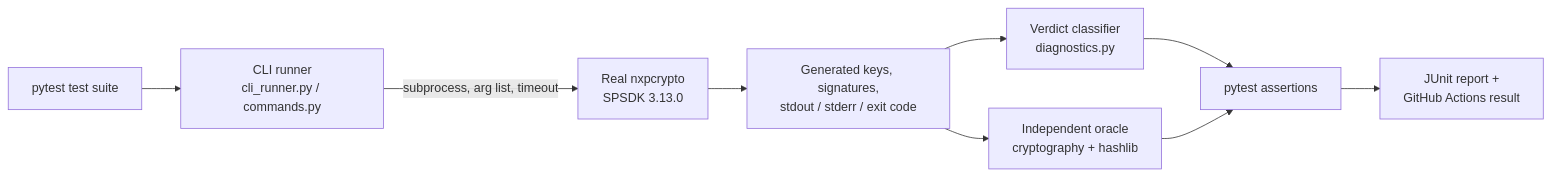
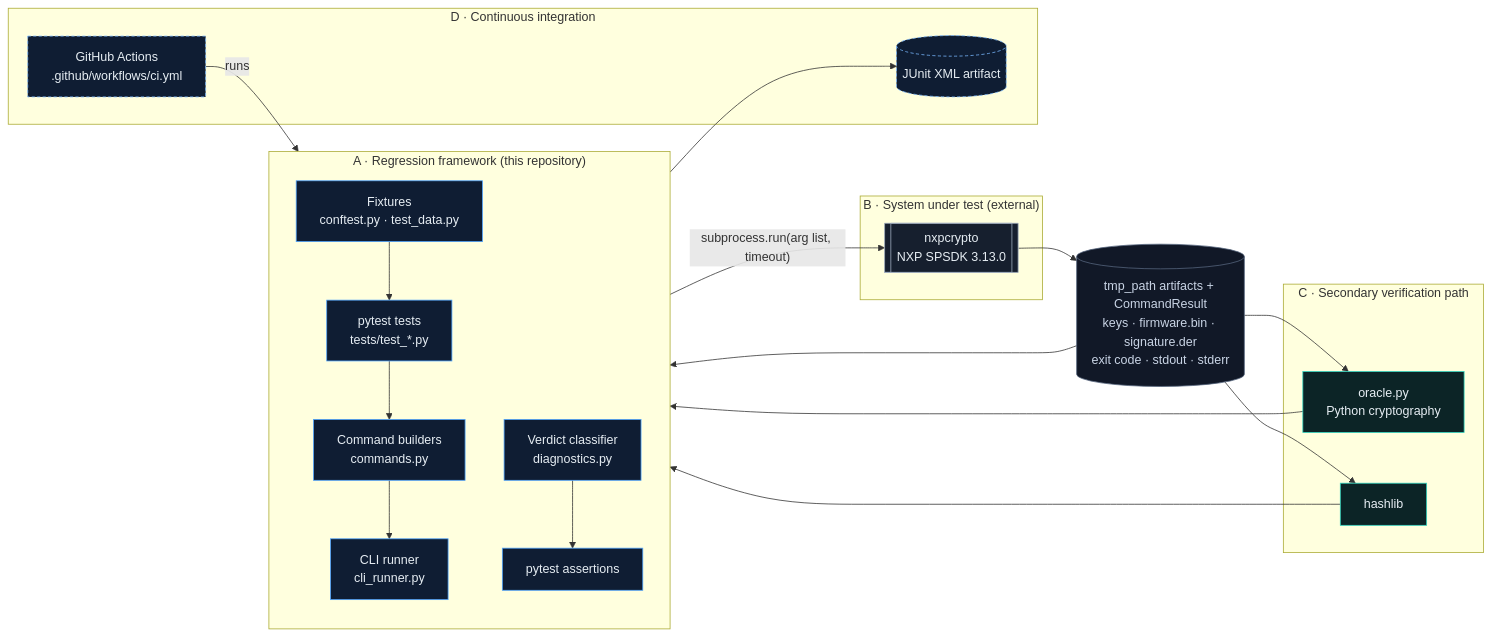
The first of 3 diagrams in README.md (Joun-Mikhail/spsdk-security-regression-lab), drawn with Mermaid before and after one commit. The commit also changed other lines of this file, not shown here.

Commit message:
docs: redesign README with architecture, signature flow and CI diagrams

````diff
--- a/README.md
+++ b/README.md
@@ -51,11 +65,45 @@
 ```mermaid
 flowchart LR
-    A[pytest test suite] --> B[CLI runner<br/>cli_runner.py / commands.py]
-    B -->|subprocess, arg list, timeout| C[Real nxpcrypto<br/>SPSDK 3.13.0]
-    C --> D[Generated keys, signatures,<br/>stdout / stderr / exit code]
-    D --> E[Verdict classifier<br/>diagnostics.py]
-    D --> F[Independent oracle<br/>cryptography + hashlib]
-    E --> G[pytest assertions]
-    F --> G
-    G --> H[JUnit report +<br/>GitHub Actions result]
+    subgraph A["A · Regression framework (this repository)"]
+        direction TB
+        FX["Fixtures<br/>conftest.py · test_data.py"]
+        T["pytest tests<br/>tests/test_*.py"]
+        CB["Command builders<br/>commands.py"]
+        R["CLI runner<br/>cli_runner.py"]
+        V["Verdict classifier<br/>diagnostics.py"]
+        AS["pytest assertions"]
+    end
+    subgraph B["B · System under test (external)"]
+        N[["nxpcrypto<br/>NXP SPSDK 3.13.0"]]
+    end
+    subgraph C["C · Secondary verification path"]
+        O["oracle.py<br/>Python cryptography"]
+        H["hashlib"]
+    end
+    subgraph D["D · Continuous integration"]
+        GA["GitHub Actions<br/>.github/workflows/ci.yml"]
+        J[("JUnit XML artifact")]
+    end
+    OUT[("tmp_path artifacts + CommandResult<br/>keys · firmware.bin · signature.der<br/>exit code · stdout · stderr")]
+
+    GA -- "runs" --> T
+    FX --> T
+    T --> CB --> R
+    R -- "subprocess.run(arg list, timeout)" --> N
+    N --> OUT
+    OUT --> V --> AS
+    OUT --> O --> AS
+    OUT --> H --> AS
+    AS --> J
+
+    classDef fw fill:#0f1d33,stroke:#4da3ff,color:#e6edf3
+    classDef sut fill:#161f2e,stroke:#a0aec0,color:#e6edf3
+    classDef ver fill:#0c2426,stroke:#2dd4bf,color:#e6edf3
+    classDef ci fill:#0f1d33,stroke:#79b8ff,color:#e6edf3,stroke-dasharray:4 3
+    classDef data fill:#111827,stroke:#56657d,color:#c9d4e5
+    class FX,T,CB,R,V,AS fw
+    class N sut
+    class O,H ver
+    class GA,J ci
+    class OUT data
 ```
````
